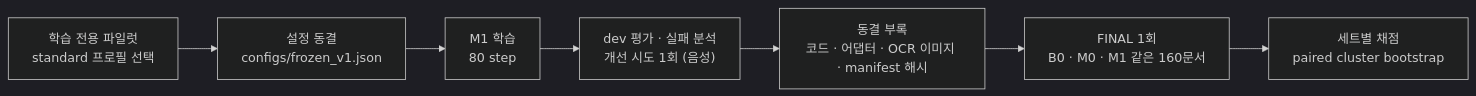
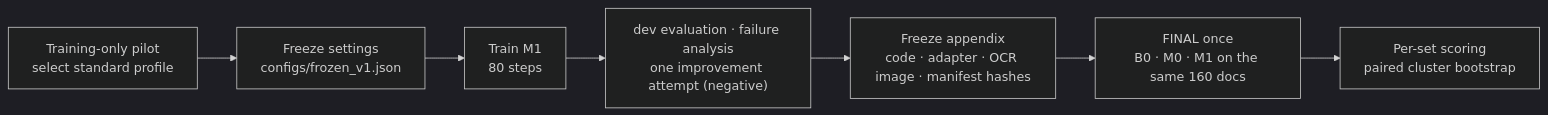
Before and after one commit to TaeyanG4/invoiceguard-po: the third of 4 diagrams in README.md, drawn with Mermaid (dark theme). The commit also changed other lines of this file and 16 other files, not shown here.

First line of the commit message:
README: English by default with a Korean version, readable tables, and bilingual charts

````diff
--- a/README.md
+++ b/README.md
@@ -151,9 +205,9 @@
 ```mermaid
 flowchart LR
-  A["학습 전용 파일럿<br/>standard 프로필 선택"] --> B["설정 동결<br/>configs/frozen_v1.json"]
-  B --> C["M1 학습<br/>80 step"]
-  C --> D["dev 평가 · 실패 분석<br/>개선 시도 1회 (음성)"]
-  D --> E["동결 부록<br/>코드 · 어댑터 · OCR 이미지 · manifest 해시"]
-  E --> F["FINAL 1회<br/>B0 · M0 · M1 같은 160문서"]
-  F --> G["세트별 채점<br/>paired cluster bootstrap"]
+  A["Training-only pilot<br/>select standard profile"] --> B["Freeze settings<br/>configs/frozen_v1.json"]
+  B --> C["Train M1<br/>80 steps"]
+  C --> D["dev evaluation · failure analysis<br/>one improvement attempt (negative)"]
+  D --> E["Freeze appendix<br/>code · adapter · OCR image · manifest hashes"]
+  E --> F["FINAL once<br/>B0 · M0 · M1 on the same 160 docs"]
+  F --> G["Per-set scoring<br/>paired cluster bootstrap"]
 ```
````
